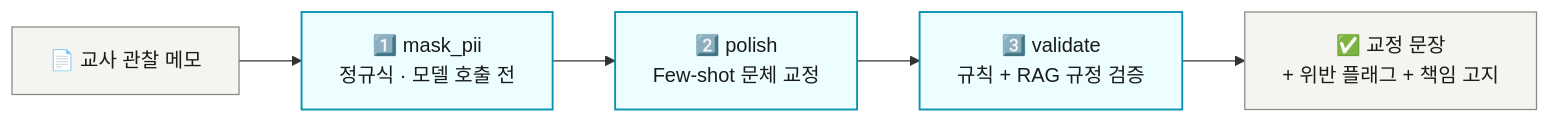
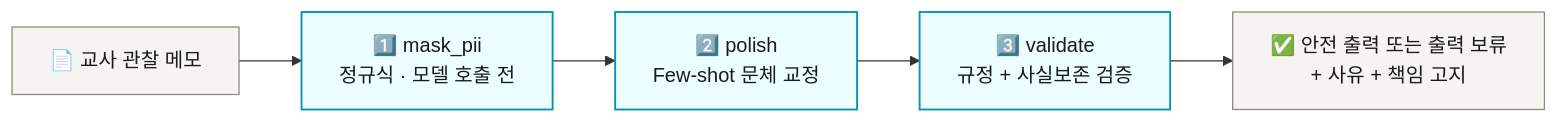
One commit to MachuEngine/bunpil changed the fourth of 5 diagrams in README.md. Above: the diagram before and after it, drawn with Mermaid. The commit also changed other lines of this file and 8 other files, not shown here.

````diff
--- a/README.md
+++ b/README.md
@@ -155,16 +156,16 @@
 ```mermaid
 flowchart LR
     Memo["📄 교사 관찰 메모"]
     Mask["1️⃣ mask_pii<br/>정규식 · 모델 호출 전"]
     Polish["2️⃣ polish<br/>Few-shot 문체 교정"]
-    Validate["3️⃣ validate<br/>규칙 + RAG 규정 검증"]
-    Out["✅ 교정 문장<br/>+ 위반 플래그 + 책임 고지"]
+    Validate["3️⃣ validate<br/>규정 + 사실보존 검증"]
+    Out["✅ 안전 출력 또는 출력 보류<br/>+ 사유 + 책임 고지"]
 
     Memo --> Mask --> Polish --> Validate --> Out
 
     class Memo,Out neutral
     class Mask,Polish,Validate record
 
     classDef neutral fill:#F5F4F1,stroke:#8A8880,stroke-width:1px,color:#1A1A1A
     classDef record fill:#ECFEFF,stroke:#0891B2,stroke-width:1.5px,color:#1A1A1A
 ```
````
